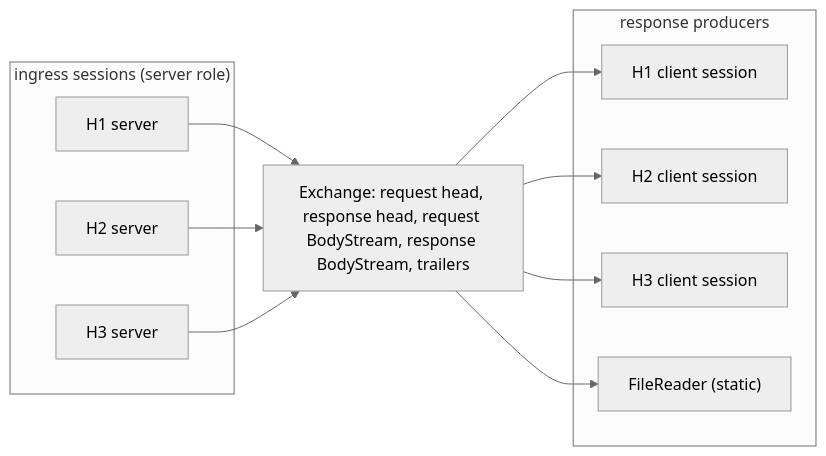
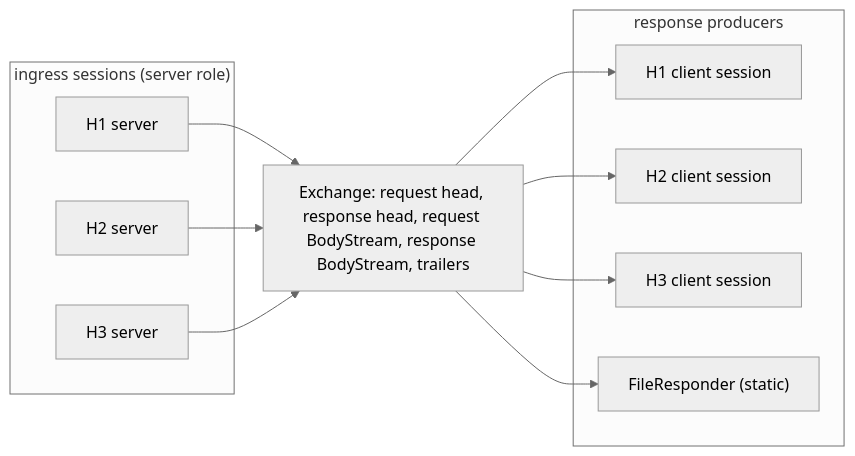
The diagram in docs/adr/0010-m4-exchange-layer-sessions-tls-static.md (DarkXPixel/Coring), drawn with Mermaid (neutral theme) before and after one commit. The commit also changed other lines of this file and 95 other files, not shown here.

````diff
--- a/docs/adr/0010-m4-exchange-layer-sessions-tls-static.md
+++ b/docs/adr/0010-m4-exchange-layer-sessions-tls-static.md
@@ -58,22 +50,22 @@
 ```mermaid
 flowchart LR
   subgraph ingress["ingress sessions (server role)"]
     I1["H1 server"]
     I2["H2 server"]
     I3["H3 server"]
   end
   X["Exchange: request head, response head, request BodyStream, response BodyStream, trailers"]
   subgraph producers["response producers"]
     E1["H1 client session"]
     E2["H2 client session"]
     E3["H3 client session"]
-    F["FileReader (static)"]
+    F["FileResponder (static)"]
   end
   I1 --> X
   I2 --> X
   I3 --> X
   X --> E1
   X --> E2
   X --> E3
   X --> F
 ```
````
